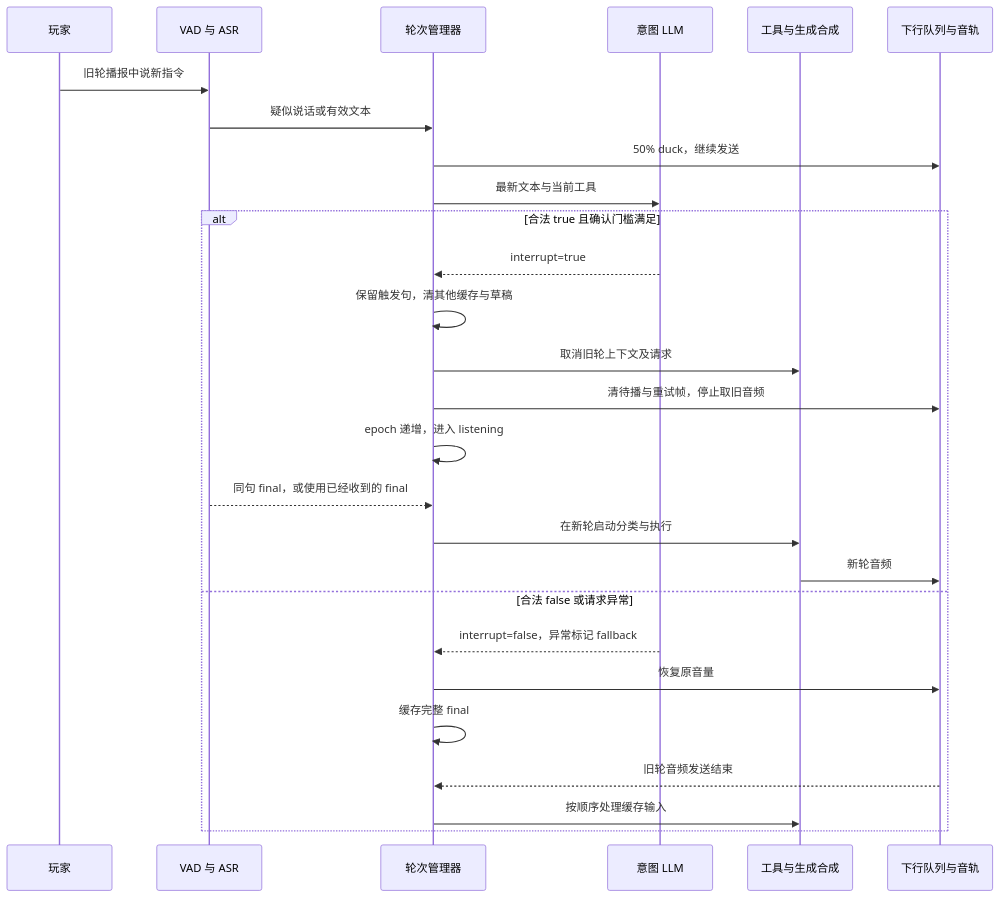
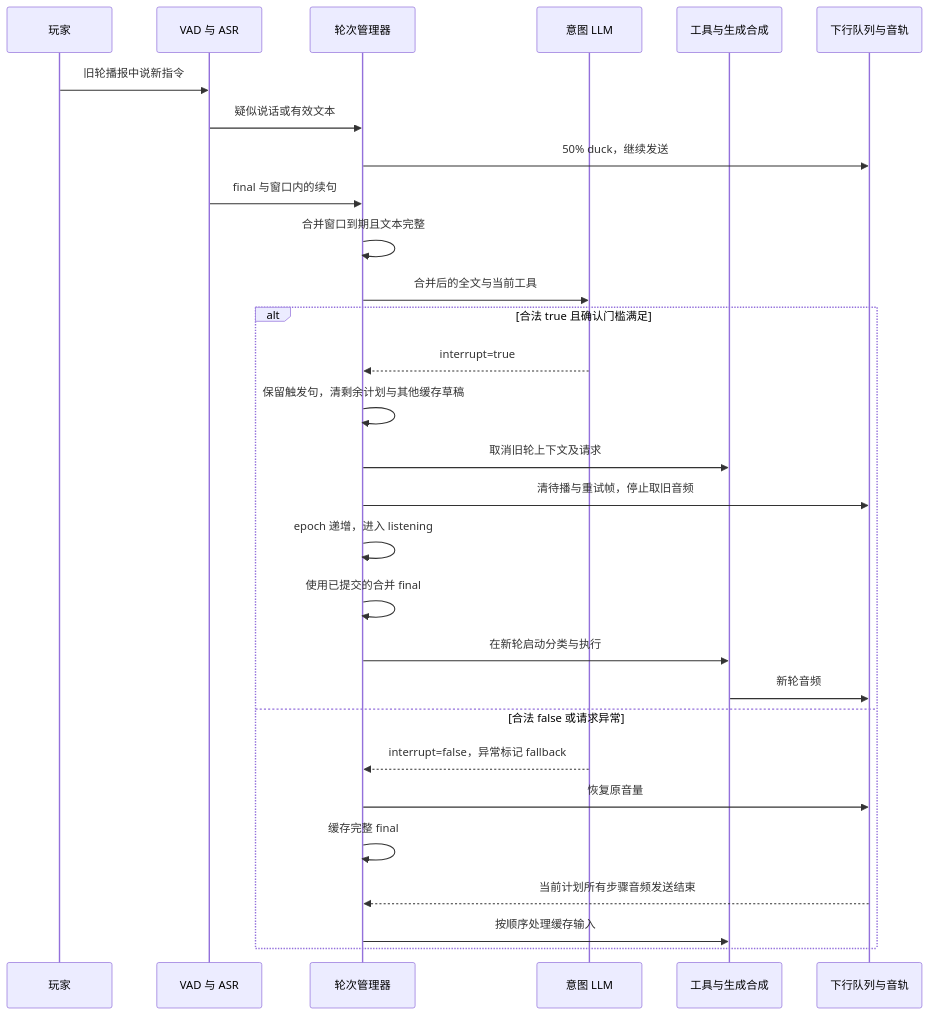
The third of 3 diagrams in docs/架构与状态机说明.md (zjn20021020/WebRTC), drawn with Mermaid before and after one commit. The commit also changed other lines of this file and 55 other files, not shown here.

````diff
--- a/docs/架构与状态机说明.md
+++ b/docs/架构与状态机说明.md
@@ -94,29 +102,31 @@
 ```mermaid
 sequenceDiagram
   participant User as 玩家
   participant ASR as VAD 与 ASR
   participant Turn as 轮次管理器
   participant Intent as 意图 LLM
   participant Old as 工具与生成合成
   participant Audio as 下行队列与音轨
   User->>ASR: 旧轮播报中说新指令
   ASR->>Turn: 疑似说话或有效文本
   Turn->>Audio: 50% duck，继续发送
-  Turn->>Intent: 最新文本与当前工具
+  ASR->>Turn: final 与窗口内的续句
+  Turn->>Turn: 合并窗口到期且文本完整
+  Turn->>Intent: 合并后的全文与当前工具
   alt 合法 true 且确认门槛满足
     Intent-->>Turn: interrupt=true
-    Turn->>Turn: 保留触发句，清其他缓存与草稿
+    Turn->>Turn: 保留触发句，清剩余计划与其他缓存草稿
     Turn->>Old: 取消旧轮上下文及请求
     Turn->>Audio: 清待播与重试帧，停止取旧音频
     Turn->>Turn: epoch 递增，进入 listening
-    ASR-->>Turn: 同句 final，或使用已经收到的 final
+    Turn->>Turn: 使用已提交的合并 final
     Turn->>Old: 在新轮启动分类与执行
     Old->>Audio: 新轮音频
   else 合法 false 或请求异常
     Intent-->>Turn: interrupt=false，异常标记 fallback
     Turn->>Audio: 恢复原音量
     Turn->>Turn: 缓存完整 final
-    Audio-->>Turn: 旧轮音频发送结束
+    Audio-->>Turn: 当前计划所有步骤音频发送结束
     Turn->>Old: 按顺序处理缓存输入
   end
 ```
````
